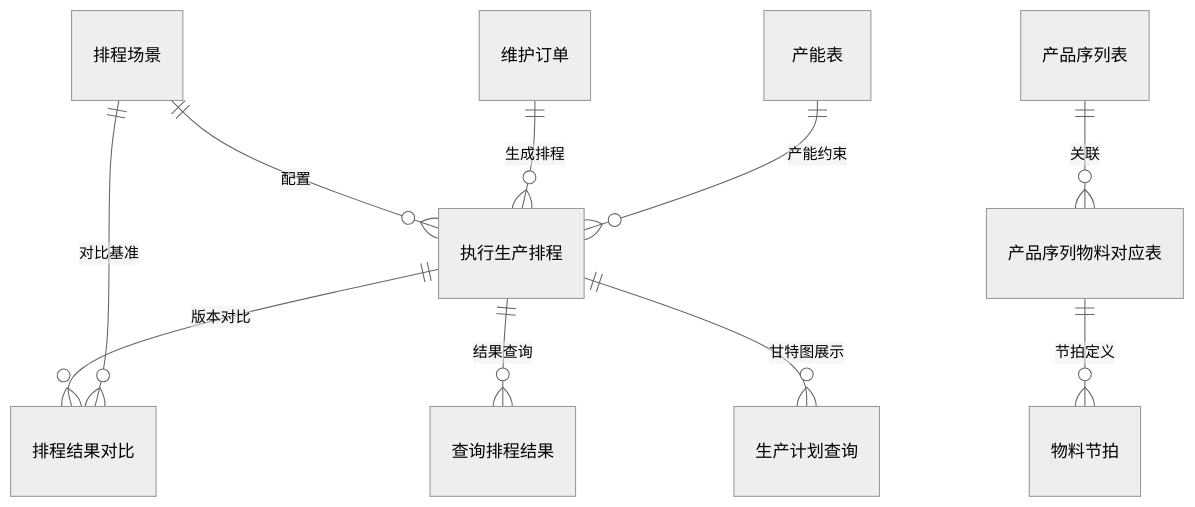
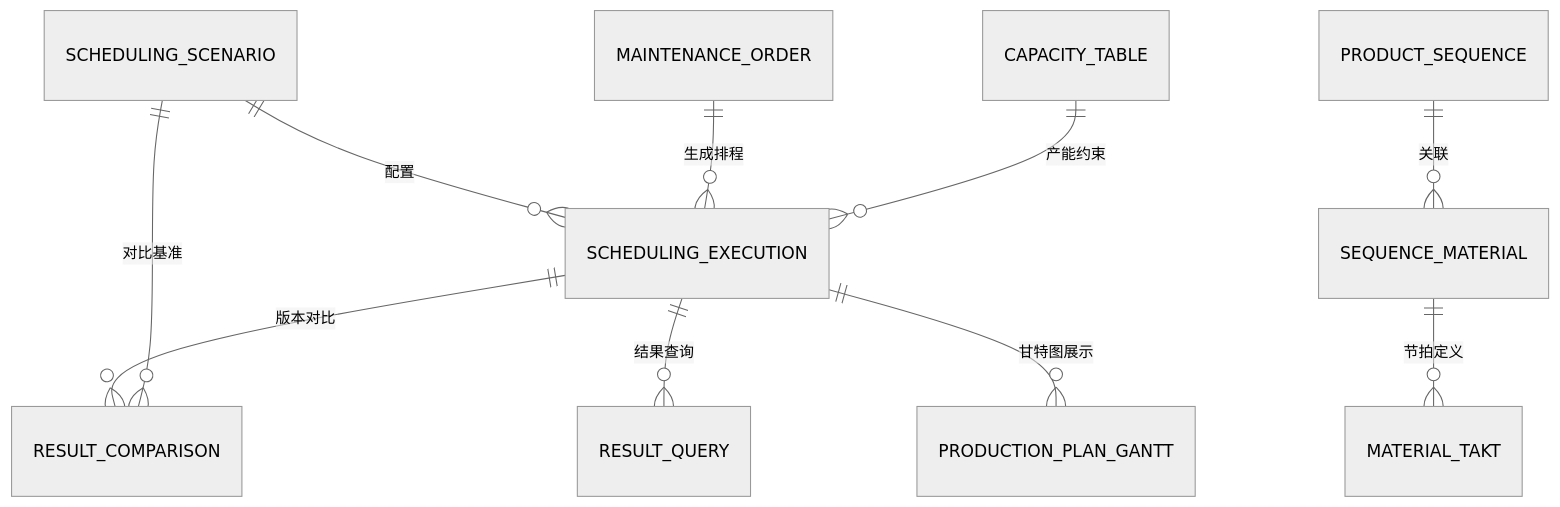
One commit to jiargcn/MomProductDocument changed the second of 2 diagrams in docs/11-PS-排程管理/index.md. Above: the diagram before and after it, drawn with Mermaid (neutral theme). The commit also changed 3 other files, not shown here.

First line of the commit message:
fix: Mermaid ER/sequence 图渲染错误 — 中文实体名改为英文别名，participant 声明加空格

````diff
--- a/docs/11-PS-排程管理/index.md
+++ b/docs/11-PS-排程管理/index.md
@@ -40,12 +40,12 @@
 ```mermaid
 erDiagram
-    排程场景 ||--o{ 执行生产排程 : "配置"
-    维护订单 ||--o{ 执行生产排程 : "生成排程"
-    执行生产排程 ||--o{ 排程结果对比 : "版本对比"
-    执行生产排程 ||--o{ 查询排程结果 : "结果查询"
-    执行生产排程 ||--o{ 生产计划查询 : "甘特图展示"
-    产能表 ||--o{ 执行生产排程 : "产能约束"
-    产品序列表 ||--o{ 产品序列物料对应表 : "关联"
-    产品序列物料对应表 ||--o{ 物料节拍 : "节拍定义"
-    排程场景 ||--o{ 排程结果对比 : "对比基准"
+    SCHEDULING_SCENARIO ||--o{ SCHEDULING_EXECUTION : "配置"
+    MAINTENANCE_ORDER ||--o{ SCHEDULING_EXECUTION : "生成排程"
+    SCHEDULING_EXECUTION ||--o{ RESULT_COMPARISON : "版本对比"
+    SCHEDULING_EXECUTION ||--o{ RESULT_QUERY : "结果查询"
+    SCHEDULING_EXECUTION ||--o{ PRODUCTION_PLAN_GANTT : "甘特图展示"
+    CAPACITY_TABLE ||--o{ SCHEDULING_EXECUTION : "产能约束"
+    PRODUCT_SEQUENCE ||--o{ SEQUENCE_MATERIAL : "关联"
+    SEQUENCE_MATERIAL ||--o{ MATERIAL_TAKT : "节拍定义"
+    SCHEDULING_SCENARIO ||--o{ RESULT_COMPARISON : "对比基准"
 ```
````
